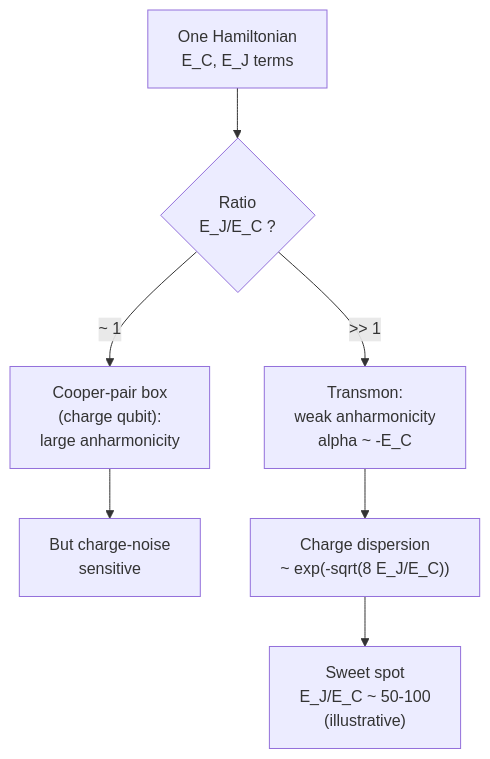
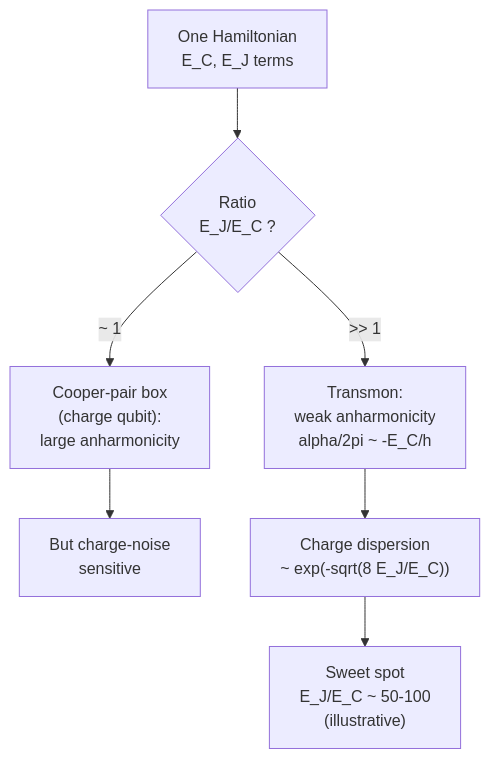
Before and after one commit to Iamsohungrynow/superconducting-qubits-journey: the first of 2 diagrams in tutorial/01-introduction.md, drawn with Mermaid. The commit also changed other lines of this file, not shown here.

````diff
--- a/tutorial/01-introduction.md
+++ b/tutorial/01-introduction.md
@@ -87,9 +87,9 @@
 ```mermaid
 flowchart TD
   H["One Hamiltonian<br/>E_C, E_J terms"] --> R{"Ratio<br/>E_J/E_C ?"}
   R -->|"~ 1"| CPB["Cooper-pair box<br/>(charge qubit):<br/>large anharmonicity"]
   CPB --> CPB2["But charge-noise<br/>sensitive"]
-  R -->|">> 1"| TR["Transmon:<br/>weak anharmonicity<br/>alpha ~ -E_C"]
+  R -->|">> 1"| TR["Transmon:<br/>weak anharmonicity<br/>alpha/2pi ~ -E_C/h"]
   TR --> TR2["Charge dispersion<br/>~ exp(-sqrt(8 E_J/E_C))"]
   TR2 --> SS["Sweet spot<br/>E_J/E_C ~ 50-100<br/>(illustrative)"]
 ```
````
